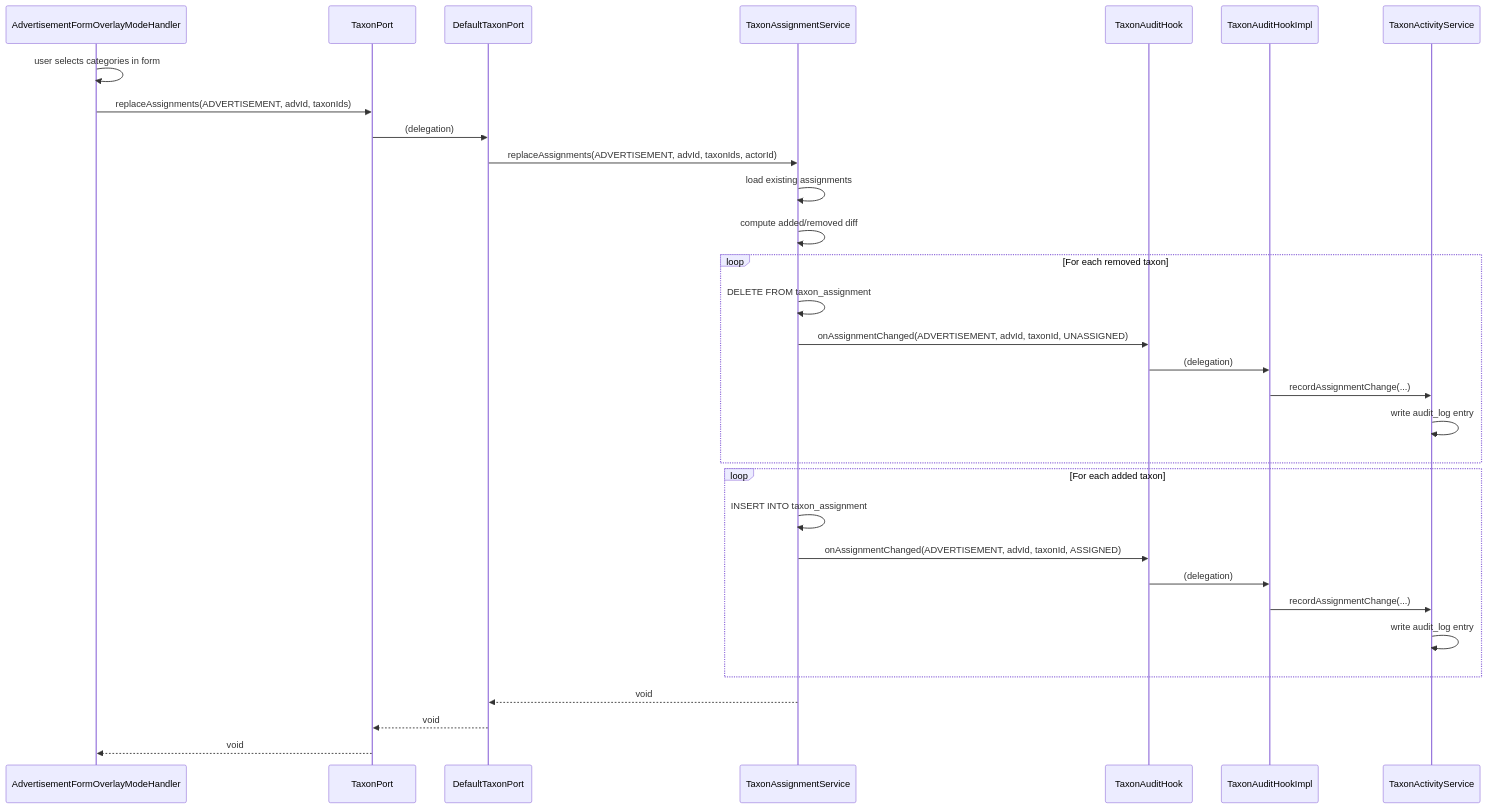
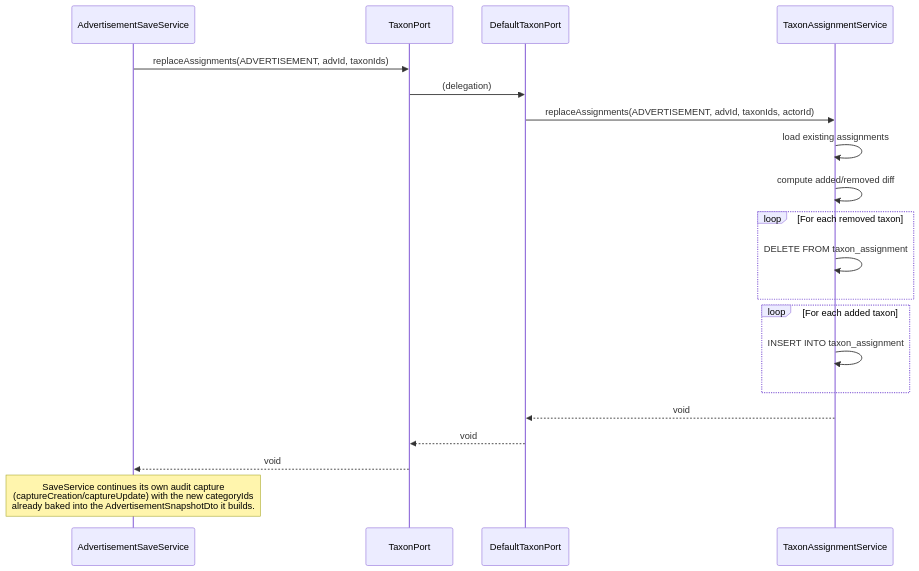
Before and after one commit to OstMutant/Advertisement: the seventh of 9 diagrams in docs/architecture/05-sequence-diagrams.md, drawn with Mermaid. The commit also changed other lines of this file and 25 other files, not shown here.

````diff
--- a/docs/architecture/05-sequence-diagrams.md
+++ b/docs/architecture/05-sequence-diagrams.md
@@ -313,39 +319,29 @@
 ```mermaid
 sequenceDiagram
-    participant UI as AdvertisementFormOverlayModeHandler
+    participant SaveService as AdvertisementSaveService
     participant TaxonPort as TaxonPort
     participant TaxonImpl as DefaultTaxonPort
     participant AssignService as TaxonAssignmentService
-    participant AuditHook as TaxonAuditHook
-    participant HookImpl as TaxonAuditHookImpl
-    participant TaxonActivity as TaxonActivityService
 
-    UI->>UI: user selects categories in form
-    UI->>TaxonPort: replaceAssignments(ADVERTISEMENT, advId, taxonIds)
+    SaveService->>TaxonPort: replaceAssignments(ADVERTISEMENT, advId, taxonIds)
 
     TaxonPort->>TaxonImpl: (delegation)
     TaxonImpl->>AssignService: replaceAssignments(ADVERTISEMENT, advId, taxonIds, actorId)
 
     AssignService->>AssignService: load existing assignments
     AssignService->>AssignService: compute added/removed diff
 
     loop For each removed taxon
         AssignService->>AssignService: DELETE FROM taxon_assignment
-        AssignService->>AuditHook: onAssignmentChanged(ADVERTISEMENT, advId, taxonId, UNASSIGNED)
-        AuditHook->>HookImpl: (delegation)
-        HookImpl->>TaxonActivity: recordAssignmentChange(...)
-        TaxonActivity->>TaxonActivity: write audit_log entry
     end
 
     loop For each added taxon
         AssignService->>AssignService: INSERT INTO taxon_assignment
-        AssignService->>AuditHook: onAssignmentChanged(ADVERTISEMENT, advId, taxonId, ASSIGNED)
-        AuditHook->>HookImpl: (delegation)
-        HookImpl->>TaxonActivity: recordAssignmentChange(...)
-        TaxonActivity->>TaxonActivity: write audit_log entry
     end
 
     AssignService-->>TaxonImpl: void
     TaxonImpl-->>TaxonPort: void
-    TaxonPort-->>UI: void
+    TaxonPort-->>SaveService: void
+
+    Note over SaveService: SaveService continues its own audit capture<br/>(captureCreation/captureUpdate) with the new categoryIds<br/>already baked into the AdvertisementSnapshotDto it builds.
 ```
````
